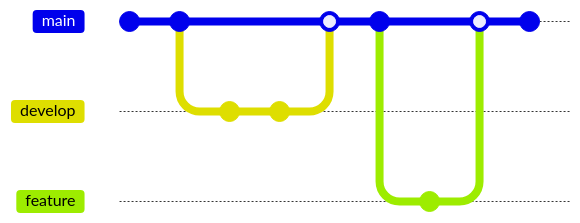
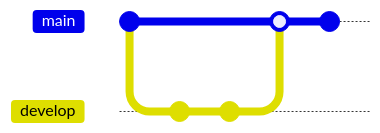
One commit to docmd-io/docs changed the third of 3 diagrams in docs/plugins/mermaid.md. Above: the diagram before and after it, drawn with Mermaid. The commit also changed other lines of this file and 55 other files, not shown here. Commit ids are hidden.

````diff
--- a/docs/plugins/mermaid.md
+++ b/docs/plugins/mermaid.md
@@ -127,18 +101,11 @@
 ```mermaid
 gitGraph
-    commit
     commit
     branch develop
     checkout develop
     commit
     commit
     checkout main
     merge develop
     commit
-    branch feature
-    checkout feature
-    commit
-    checkout main
-    merge feature
-    commit
 ```
````
